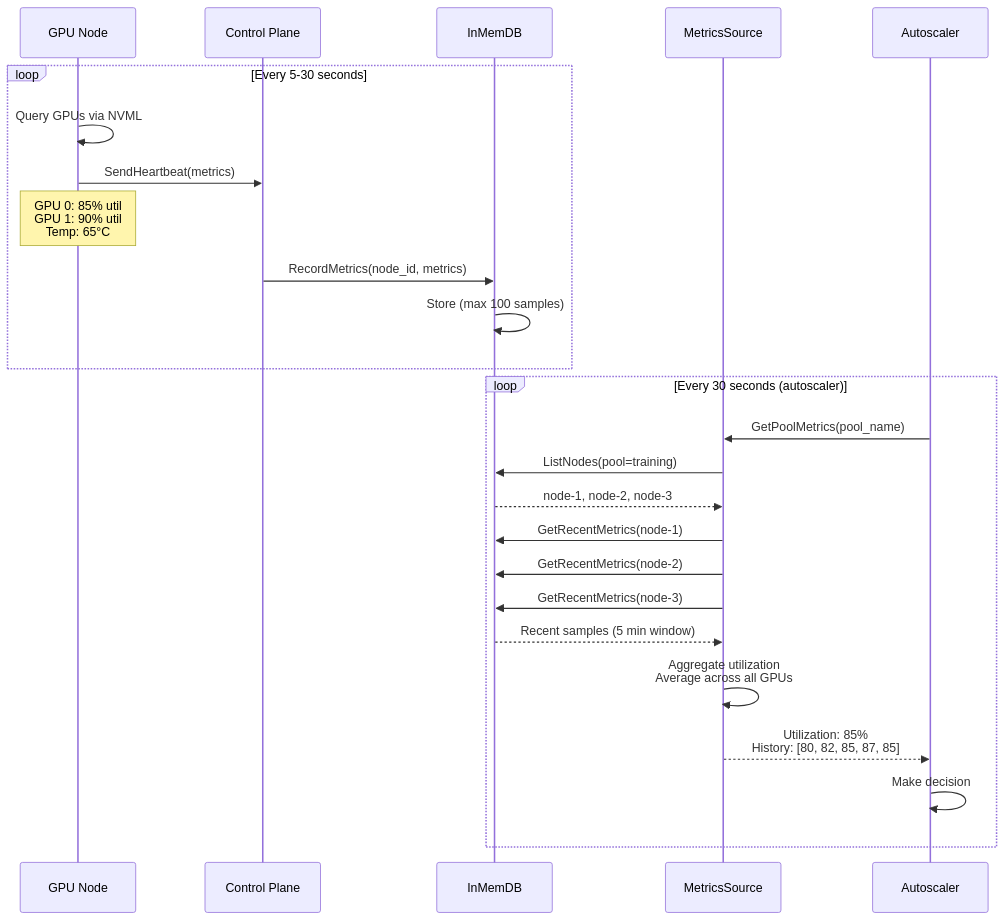
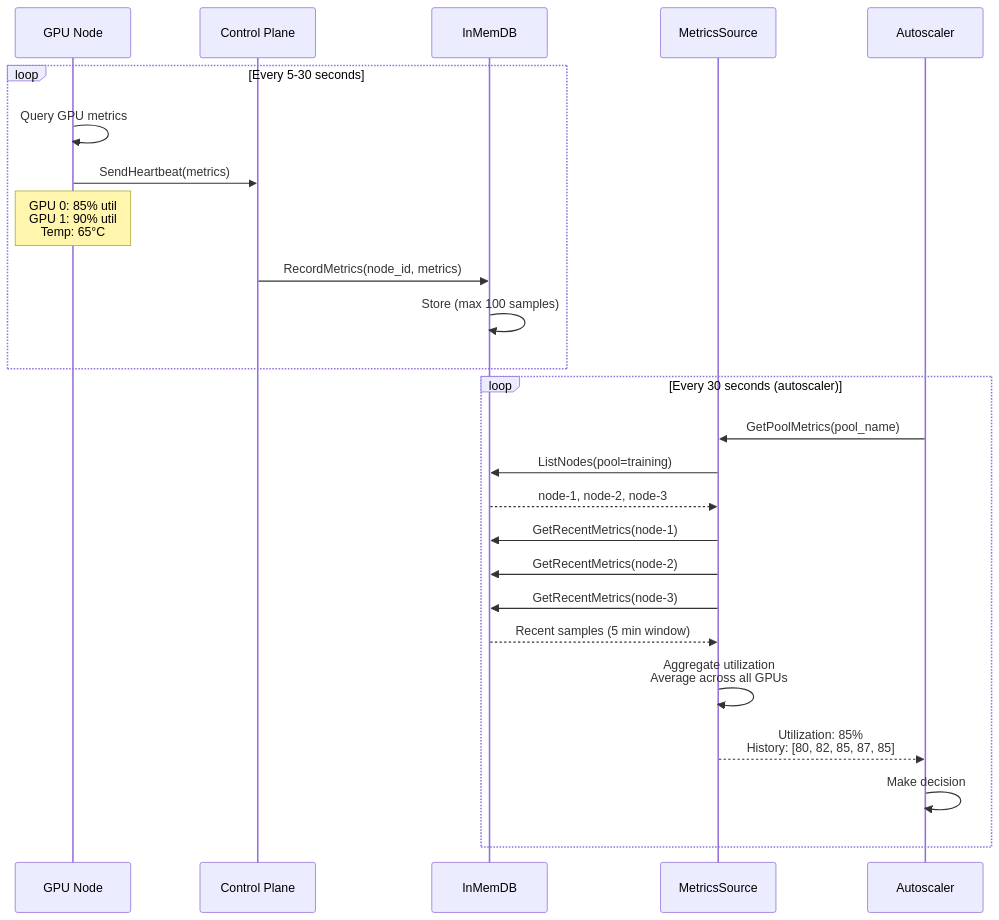
Before and after one commit to NavarchProject/navarch: the second of 3 diagrams in docs/architecture.md, drawn with Mermaid. The commit also changed other lines of this file and 7 other files, not shown here.

````diff
--- a/docs/architecture.md
+++ b/docs/architecture.md
@@ -494,29 +495,29 @@
 ```mermaid
 sequenceDiagram
     participant Node as GPU Node
     participant CP as Control Plane
     participant DB as InMemDB
     participant MS as MetricsSource
     participant AS as Autoscaler
 
     loop Every 5-30 seconds
-        Node->>Node: Query GPUs via NVML
+        Node->>Node: Query GPU metrics
         Node->>CP: SendHeartbeat(metrics)
         Note over Node: GPU 0: 85% util<br/>GPU 1: 90% util<br/>Temp: 65°C
         CP->>DB: RecordMetrics(node_id, metrics)
         DB->>DB: Store (max 100 samples)
     end
 
     loop Every 30 seconds (autoscaler)
         AS->>MS: GetPoolMetrics(pool_name)
         MS->>DB: ListNodes(pool=training)
         DB-->>MS: node-1, node-2, node-3
         MS->>DB: GetRecentMetrics(node-1)
         MS->>DB: GetRecentMetrics(node-2)
         MS->>DB: GetRecentMetrics(node-3)
         DB-->>MS: Recent samples (5 min window)
         MS->>MS: Aggregate utilization<br/>Average across all GPUs
         MS-->>AS: Utilization: 85%<br/>History: [80, 82, 85, 87, 85]
         AS->>AS: Make decision
     end
 ```
````
